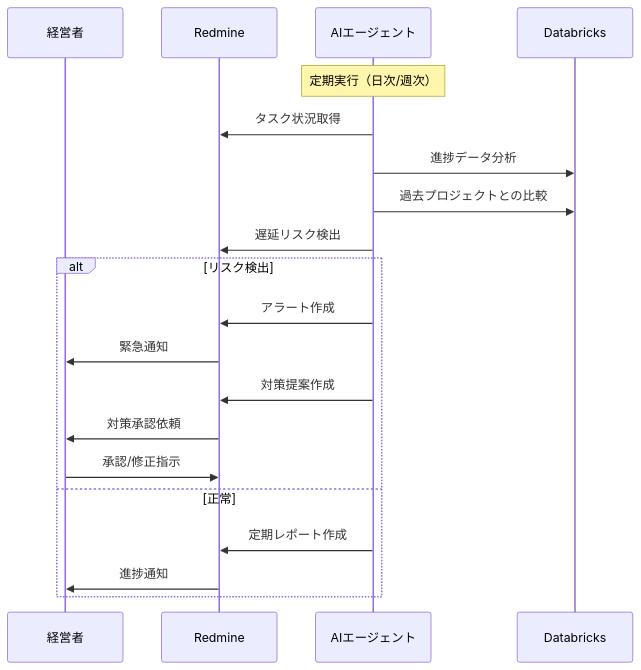
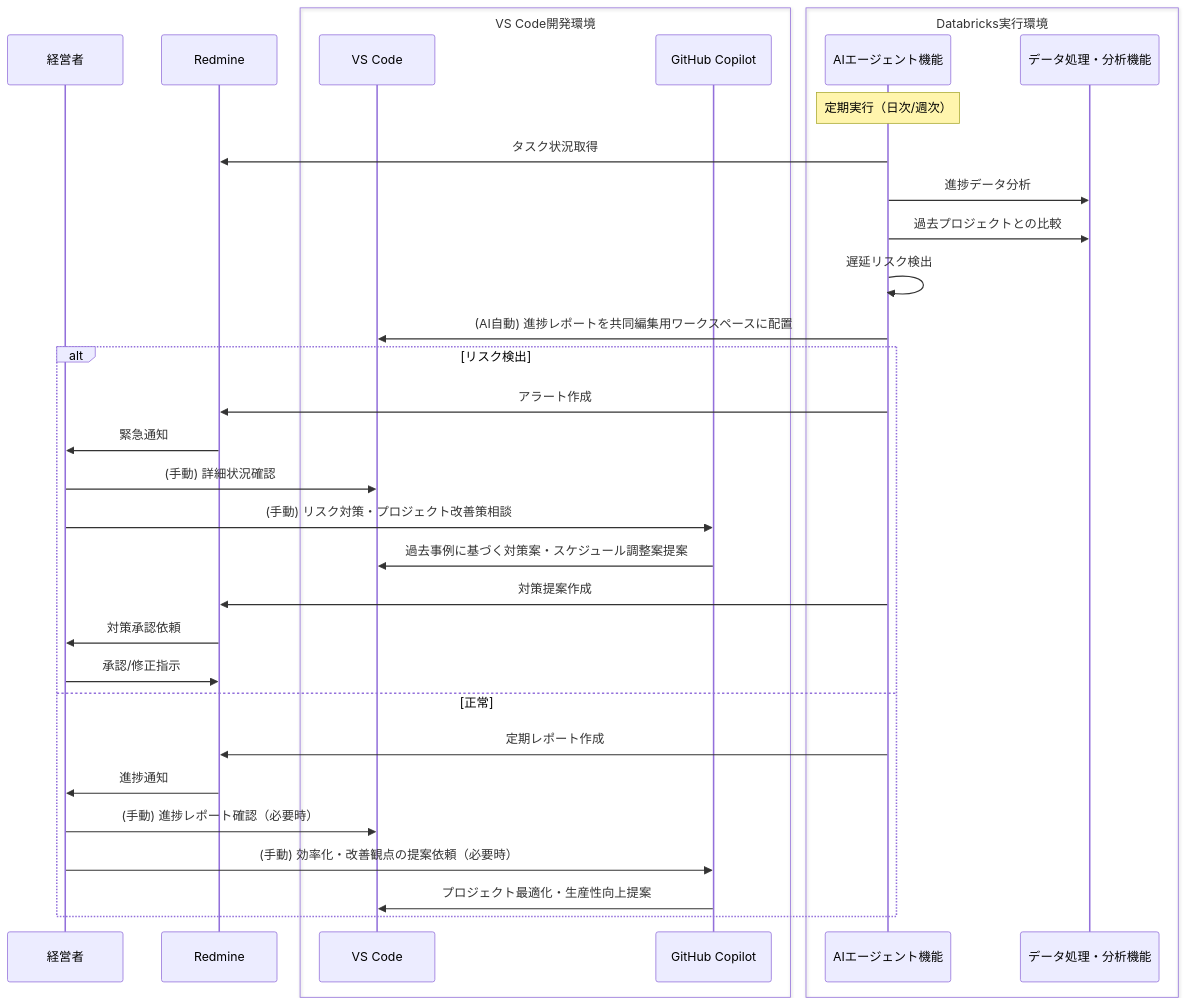
Diagram 11 of 34 in docs/02000_要件定義/02100_要件定義書.md (daichiTAAA/AgentOpsPlatform), drawn with Mermaid before and after one commit. The commit also changed other lines of this file, not shown here.

````diff
--- a/docs/02000_要件定義/02100_要件定義書.md
+++ b/docs/02000_要件定義/02100_要件定義書.md
@@ -285,23 +413,38 @@
 ```mermaid
 sequenceDiagram
     participant E as 経営者
     participant R as Redmine
-    participant A as AIエージェント
-    participant D as Databricks
+    
+    box VS Code開発環境
+        participant V as VS Code
+        participant C as GitHub Copilot
+    end
+    
+    box Databricks実行環境
+        participant A as AIエージェント機能
+        participant D as データ処理・分析機能
+    end
     
     Note over A: 定期実行（日次/週次）
     A->>R: タスク状況取得
     A->>D: 進捗データ分析
     A->>D: 過去プロジェクトとの比較
-    A->>R: 遅延リスク検出
+    A->>A: 遅延リスク検出
+    A->>V: (AI自動) 進捗レポートを共同編集用ワークスペースに配置
     alt リスク検出
         A->>R: アラート作成
         R->>E: 緊急通知
+        E->>V: (手動) 詳細状況確認
+        E->>C: (手動) リスク対策・プロジェクト改善策相談
+        C->>V: 過去事例に基づく対策案・スケジュール調整案提案
         A->>R: 対策提案作成
         R->>E: 対策承認依頼
         E->>R: 承認/修正指示
     else 正常
         A->>R: 定期レポート作成
         R->>E: 進捗通知
+        E->>V: (手動) 進捗レポート確認（必要時）
+        E->>C: (手動) 効率化・改善観点の提案依頼（必要時）
+        C->>V: プロジェクト最適化・生産性向上提案
     end
 ```
````
